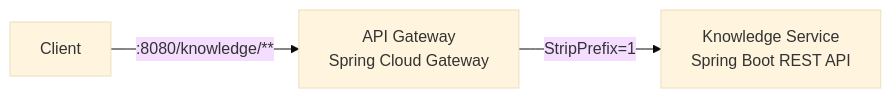
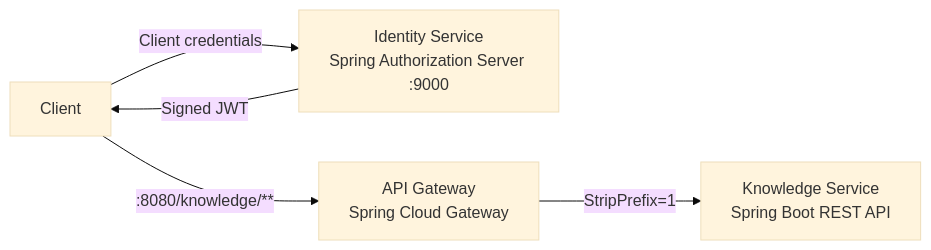
The diagram in README.md (dkghosh2019/enterprise-ai-knowledge-platform), drawn with Mermaid (base theme) before and after one commit. The commit also changed other lines of this file and 10 other files, not shown here.

Commit message:
feat: add identity service foundation

````diff
--- a/README.md
+++ b/README.md
@@ -17,5 +22,7 @@
 ```mermaid
 flowchart LR
+    Client -->|"Client credentials"| Identity["Identity Service<br/>Spring Authorization Server :9000"]
+    Identity -->|"Signed JWT"| Client
     Client -->|":8080/knowledge/**"| Gateway["API Gateway<br/>Spring Cloud Gateway"]
     Gateway -->|"StripPrefix=1"| Knowledge["Knowledge Service<br/>Spring Boot REST API"]
 ```
````
